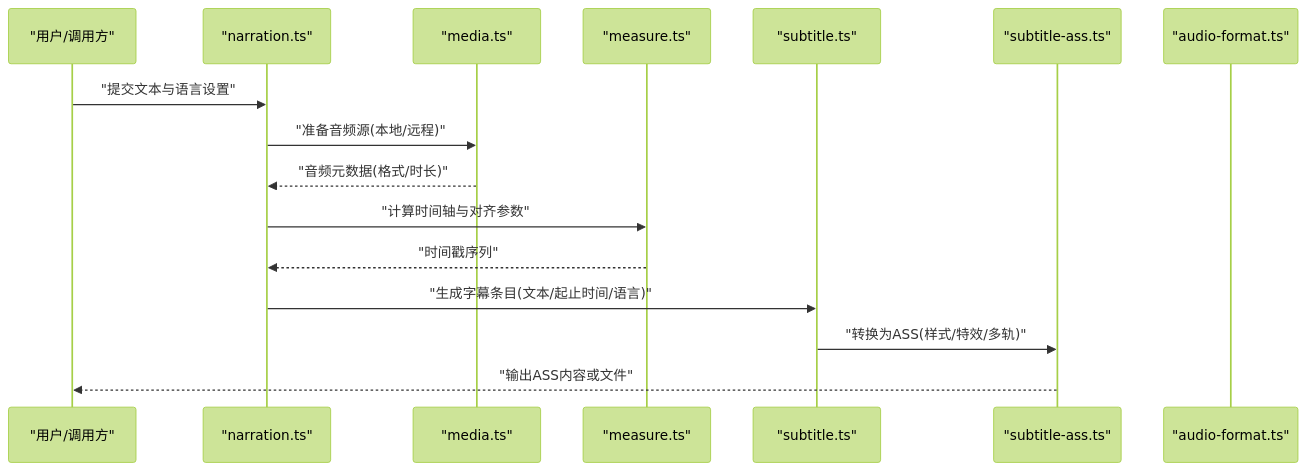
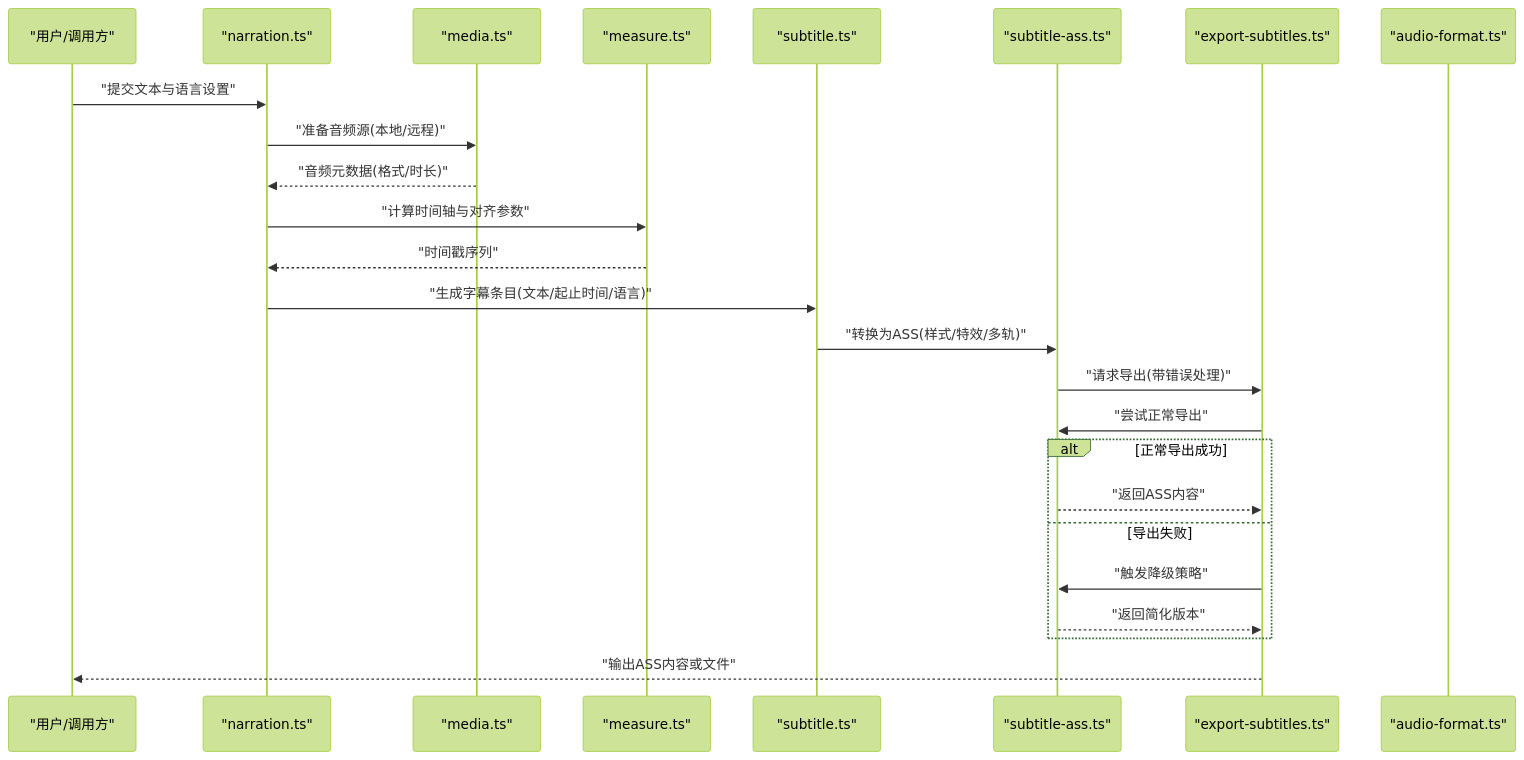
One commit to scottcwy/PurpleInk changed the second of 3 diagrams in .qoder/repowiki/zh/content/音频处理/字幕生成.md. Above: the diagram before and after it, drawn with Mermaid (forest theme). The commit also changed other lines of this file and 109 other files, not shown here.

````diff
--- a/.qoder/repowiki/zh/content/音频处理/字幕生成.md
+++ b/.qoder/repowiki/zh/content/音频处理/字幕生成.md
@@ -91,18 +109,27 @@
 ```mermaid
 sequenceDiagram
 participant U as "用户/调用方"
 participant N as "narration.ts"
 participant M as "media.ts"
 participant MS as "measure.ts"
 participant S as "subtitle.ts"
 participant A as "subtitle-ass.ts"
+participant E as "export-subtitles.ts"
 participant F as "audio-format.ts"
 U->>N : "提交文本与语言设置"
 N->>M : "准备音频源(本地/远程)"
 M-->>N : "音频元数据(格式/时长)"
 N->>MS : "计算时间轴与对齐参数"
 MS-->>N : "时间戳序列"
 N->>S : "生成字幕条目(文本/起止时间/语言)"
 S->>A : "转换为ASS(样式/特效/多轨)"
-A-->>U : "输出ASS内容或文件"
+A->>E : "请求导出(带错误处理)"
+E->>A : "尝试正常导出"
+alt 正常导出成功
+A-->>E : "返回ASS内容"
+else 导出失败
+E->>A : "触发降级策略"
+A-->>E : "返回简化版本"
+end
+E-->>U : "输出ASS内容或文件"
 ```
````
